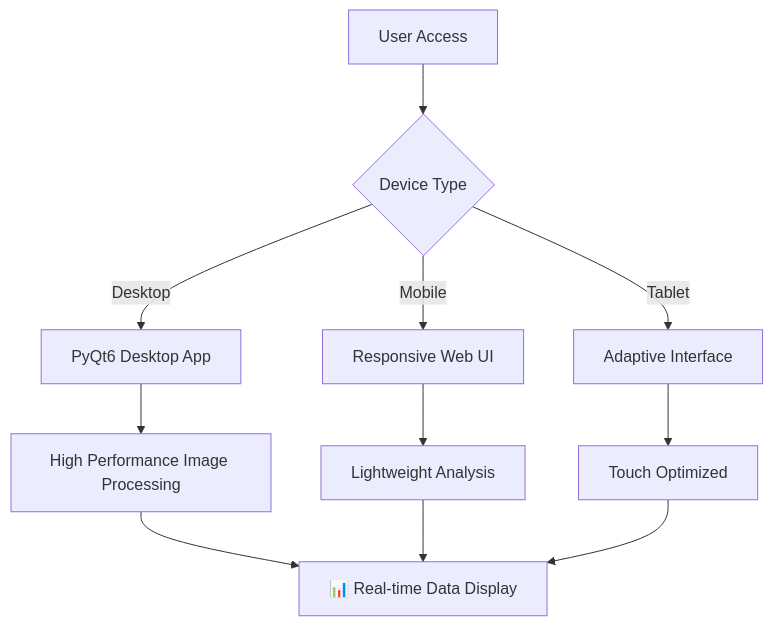
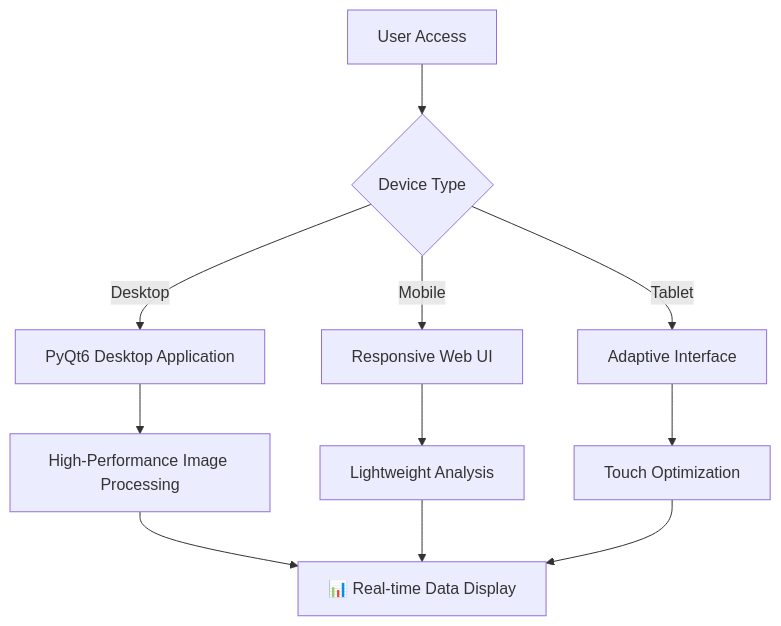
The first of 3 diagrams in README.en.md (YangShengzhou03/RailwayOCR), drawn with Mermaid before and after one commit. The commit also changed other lines of this file and 3 other files, not shown here.

````diff
--- a/README.en.md
+++ b/README.en.md
@@ -178,15 +148,15 @@
 ```mermaid
 graph TD
     A[User Access] --> B{Device Type}
-    B -->|Desktop| C[PyQt6 Desktop App]
+    B -->|Desktop| C[PyQt6 Desktop Application]
     B -->|Mobile| D[Responsive Web UI]
     B -->|Tablet| E[Adaptive Interface]
     
-    C --> F[High Performance Image Processing]
+    C --> F[High-Performance Image Processing]
     D --> G[Lightweight Analysis]
-    E --> H[Touch Optimized]
+    E --> H[Touch Optimization]
     
     F --> I[📊 Real-time Data Display]
     G --> I
     H --> I
 ```
````
